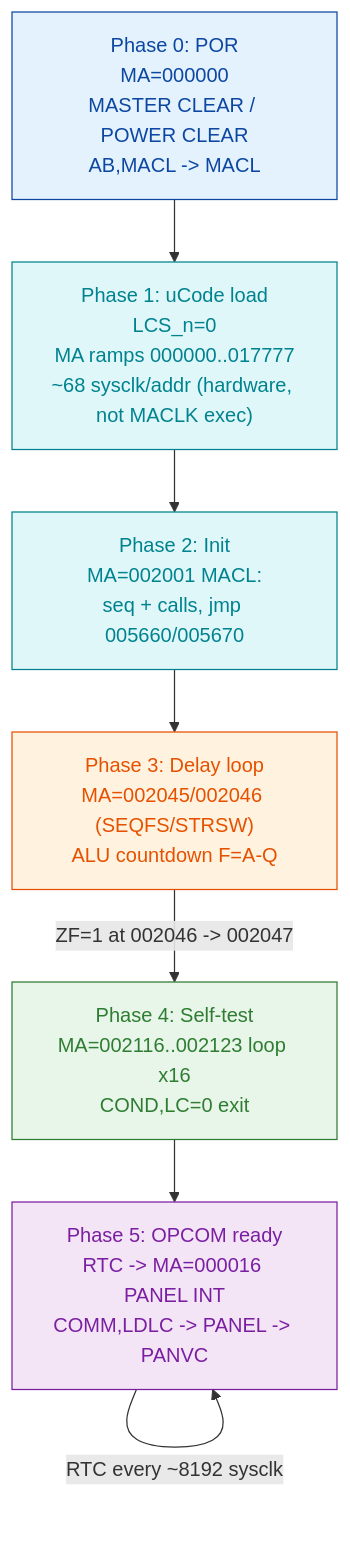
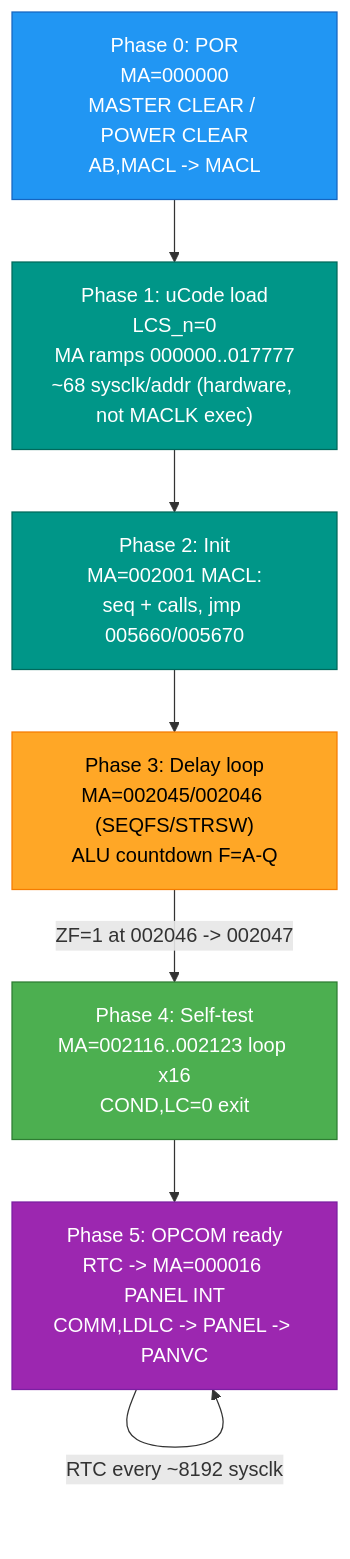
The diagram in Verilog/docs/boot-golden-spec.md (RetroCoreLabs/nd-120), drawn with Mermaid before and after one commit. The commit also changed 1 other file, not shown here.

Commit message:
docs: move 2 mermaid diagrams onto the house colour palette
Both diagrams used pale pastel fills (#E3F2FD, #E0F7FA, ...), which the
colour standard forbids: they wash out in dark mode. Each role keeps
its colour family but now uses the standard fill, the 700-shade stroke
and white text (black on amber).

nd120-dram-memory.md also switches its 6 nodes from the ":::role"
shorthand to "class" lines, the form the standard uses, and renames
"orange" to "amber" to match the palette name.

````diff
--- a/Verilog/docs/boot-golden-spec.md
+++ b/Verilog/docs/boot-golden-spec.md
@@ -51,25 +51,25 @@
 ```mermaid
 flowchart TD
     P0["Phase 0: POR\nMA=000000\nMASTER CLEAR / POWER CLEAR\nAB,MACL -> MACL"]
     P1["Phase 1: uCode load\nLCS_n=0\nMA ramps 000000..017777\n~68 sysclk/addr (hardware, not MACLK exec)"]
     P2["Phase 2: Init\nMA=002001 MACL:\nseq + calls, jmp 005660/005670"]
     P3["Phase 3: Delay loop\nMA=002045/002046 (SEQFS/STRSW)\nALU countdown F=A-Q"]
     P4["Phase 4: Self-test\nMA=002116..002123 loop x16\nCOND,LC=0 exit"]
     P5["Phase 5: OPCOM ready\nRTC -> MA=000016 PANEL INT\nCOMM,LDLC -> PANEL -> PANVC"]
 
     P0 --> P1 --> P2 --> P3
     P3 -->|"ZF=1 at 002046 -> 002047"| P4
     P4 --> P5
     P5 -->|"RTC every ~8192 sysclk"| P5
 
-    classDef start fill:#E3F2FD,stroke:#0D47A1,color:#0D47A1;
-    classDef proc  fill:#E0F7FA,stroke:#00838F,color:#00838F;
-    classDef done  fill:#E8F5E9,stroke:#2E7D32,color:#2E7D32;
-    classDef special fill:#F3E5F5,stroke:#7B1FA2,color:#7B1FA2;
-    classDef hot   fill:#FFF3E0,stroke:#E65100,color:#E65100;
+    classDef start fill:#2196F3,stroke:#1565C0,color:#fff;
+    classDef proc  fill:#009688,stroke:#00695C,color:#fff;
+    classDef done  fill:#4CAF50,stroke:#2E7D32,color:#fff;
+    classDef special fill:#9C27B0,stroke:#7B1FA2,color:#fff;
+    classDef hot   fill:#FFA726,stroke:#F57C00,color:#000;
     class P0 start;
     class P1,P2 proc;
     class P3 hot;
     class P4 done;
     class P5 special;
 ```
````
